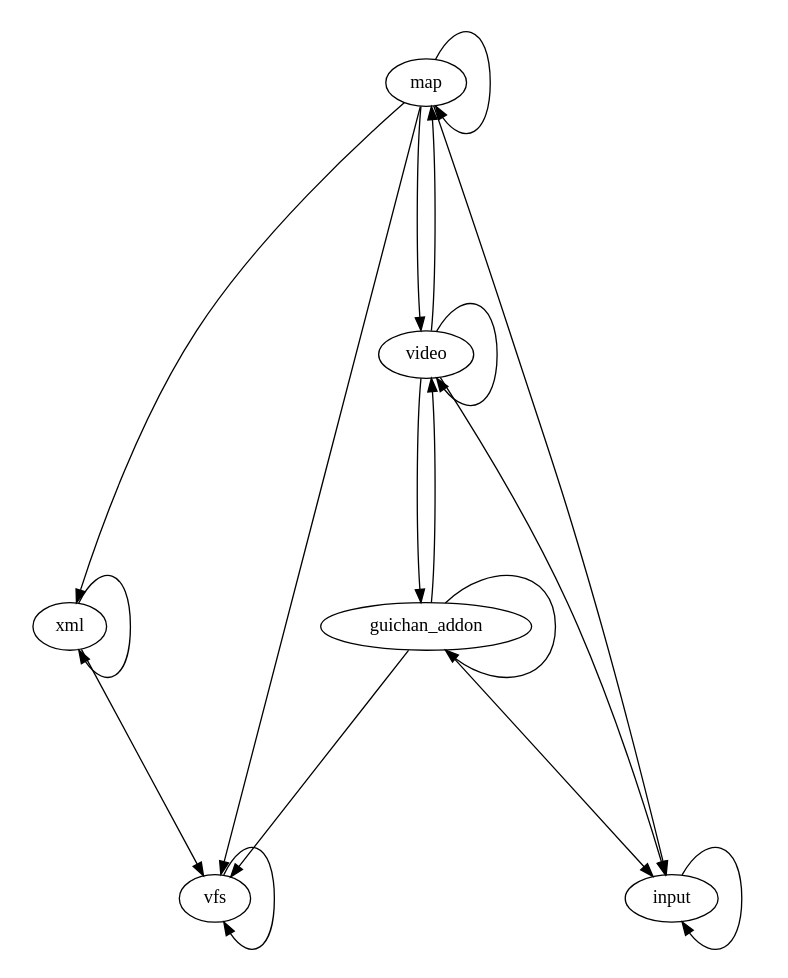
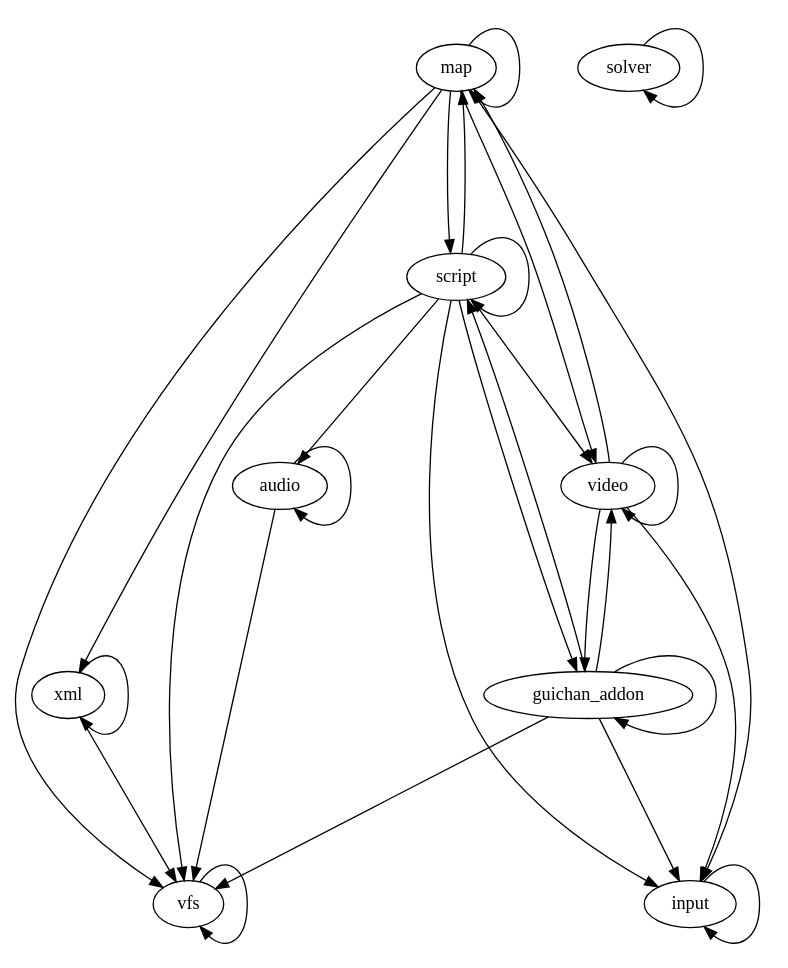
The diagram in doc/dependencies/moduledeps.dot (fifengine/fifengine), drawn with Graphviz before and after one commit. The commit also changed 5 other files, not shown here.

Commit message:
refined dependency scanner filters + added target decompostion dia diagram

```diff
--- a/doc/dependencies/moduledeps.dot
+++ b/doc/dependencies/moduledeps.dot
@@ -1,25 +1,37 @@
 digraph "source tree" {
     overlap=scale;
     size="8,10";
     ratio="fill";
     fontsize="16";
     fontname="Helvetica";
     clusterrank="local";
     "xml" -> "xml"
     "xml" -> "vfs"
     "map" -> "xml"
     "map" -> "map"
+    "map" -> "script"
     "map" -> "video"
+    "map" -> "input"
     "map" -> "vfs"
-    "map" -> "input"
+    "script" -> "map"
+    "script" -> "script"
+    "script" -> "guichan_addon"
+    "script" -> "video"
+    "script" -> "input"
+    "script" -> "audio"
+    "script" -> "vfs"
+    "solver" -> "solver"
     "guichan_addon" -> "vfs"
+    "guichan_addon" -> "script"
     "guichan_addon" -> "video"
     "guichan_addon" -> "input"
     "guichan_addon" -> "guichan_addon"
     "video" -> "input"
     "video" -> "map"
     "video" -> "video"
     "video" -> "guichan_addon"
     "input" -> "input"
+    "audio" -> "audio"
+    "audio" -> "vfs"
     "vfs" -> "vfs"
 }
```
